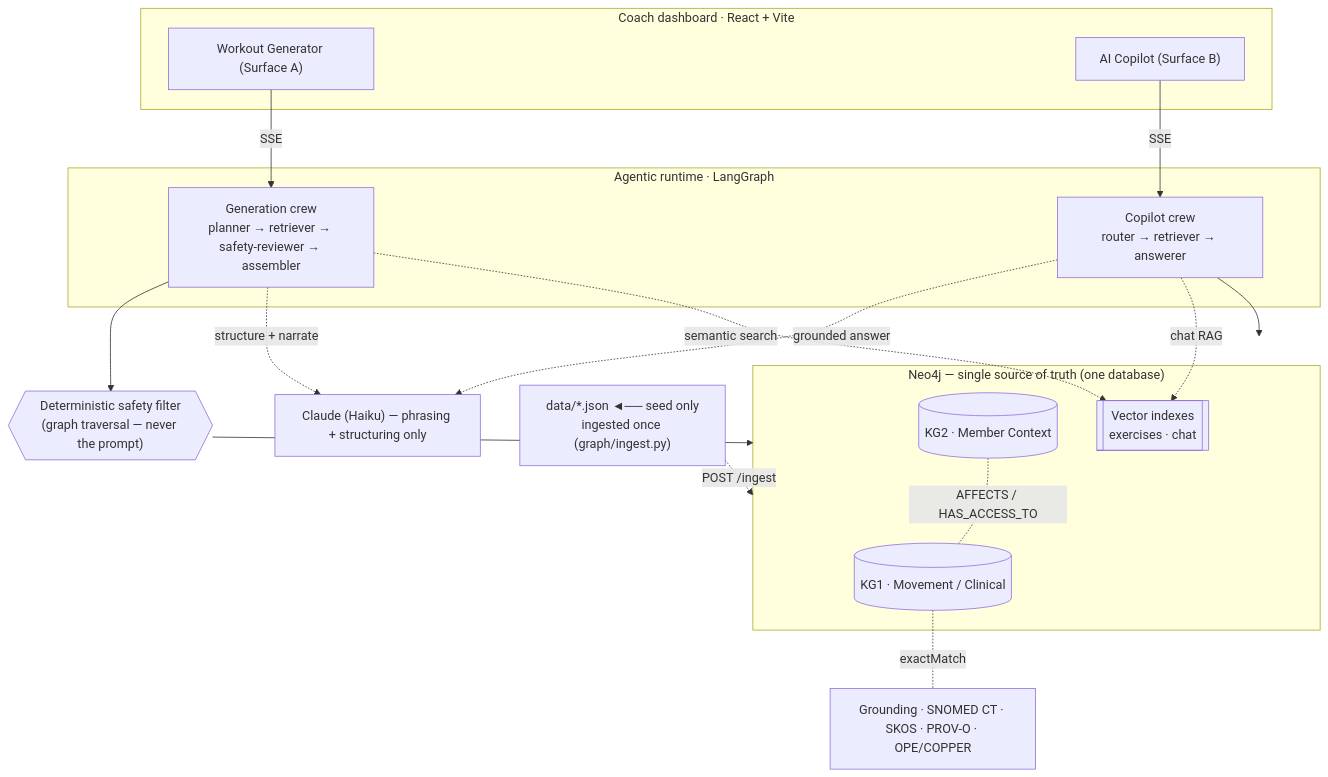
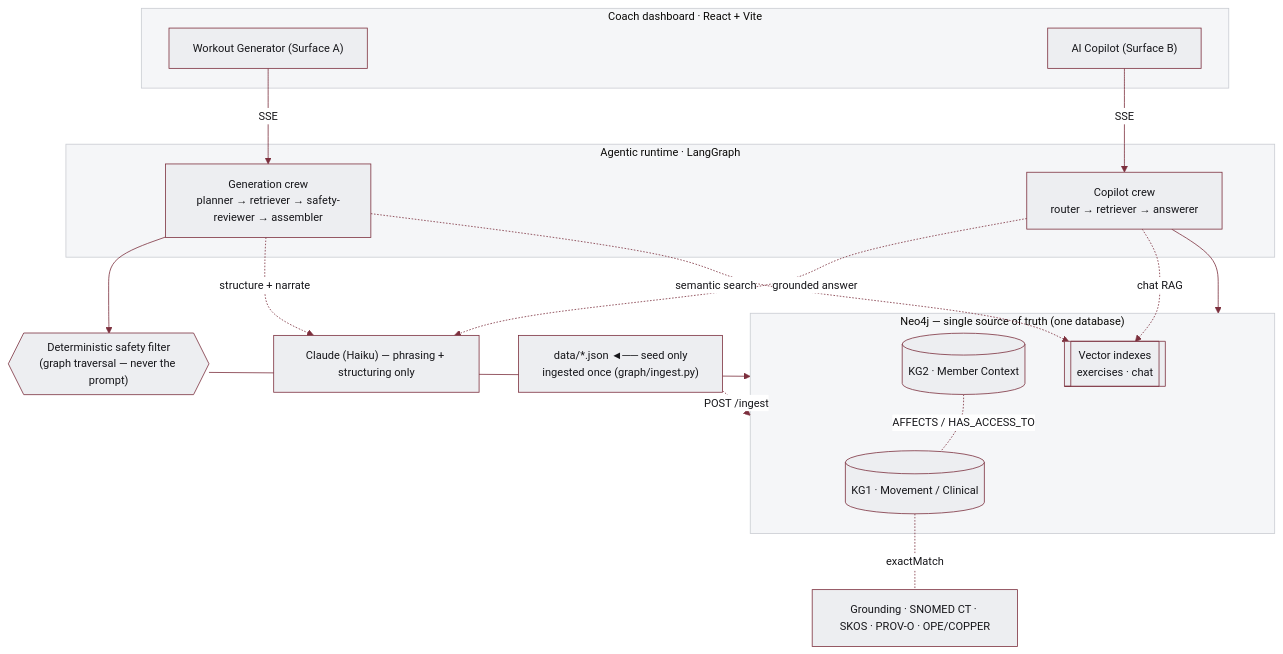
Before and after one commit to trossitter/future-coach-dashboard: the diagram in README.md, drawn with Mermaid. The commit also changed other lines of this file, not shown here.

Commit message:
docs(readme): theme the architecture diagram for contrast + note vector role
(a) Add a Mermaid init block (light fills, dark text, burgundy lines) so
the diagram is readable on GitHub's dark theme, where the default renders
grey-on-black. (b) Add one line clarifying the vector indexes only widen
retrieval recall and never make the safety call — aligning the prose with
the now-visible semantic-search / chat-RAG edges.

````diff
--- a/README.md
+++ b/README.md
@@ -16,35 +16,41 @@
 ```mermaid
+%%{init: {'theme':'base','themeVariables':{
+  'primaryColor':'#edeef1','primaryTextColor':'#16161a',
+  'primaryBorderColor':'#7c2f3d','lineColor':'#7c2f3d',
+  'secondaryColor':'#e7e9ec','tertiaryColor':'#f5f6f8',
+  'clusterBkg':'#f5f6f8','clusterBorder':'#c9ccd2',
+  'edgeLabelBackground':'#ffffff','fontSize':'14px'}}}%%
 flowchart TB
   subgraph UI["Coach dashboard · React + Vite"]
     A["Workout Generator (Surface A)"]
     B["AI Copilot (Surface B)"]
   end
 
   subgraph RT["Agentic runtime · LangGraph"]
     G["Generation crew<br/>planner → retriever → safety-reviewer → assembler"]
     C["Copilot crew<br/>router → retriever → answerer"]
   end
 
   SAFE{{"Deterministic safety filter<br/>(graph traversal — never the prompt)"}}
 
   subgraph KG["Neo4j — single source of truth (one database)"]
     K1[("KG1 · Movement / Clinical")]
     K2[("KG2 · Member Context")]
     VEC[["Vector indexes<br/>exercises · chat"]]
   end
 
   SEED["data/*.json ◄── seed only<br/>ingested once (graph/ingest.py)"]
   SEED -.->|"POST /ingest"| KG
 
   LLM["Claude (Haiku) — phrasing + structuring only"]
   GR["Grounding · SNOMED CT · SKOS · PROV-O · OPE/COPPER"]
 
   A -->|SSE| G --> SAFE --> KG
   B -->|SSE| C --> KG
   G -. structure + narrate .-> LLM
   C -. grounded answer .-> LLM
   G -. semantic search .-> VEC
   C -. chat RAG .-> VEC
   K1 -. exactMatch .- GR
   K2 -. AFFECTS / HAS_ACCESS_TO .- K1
 ```
````
